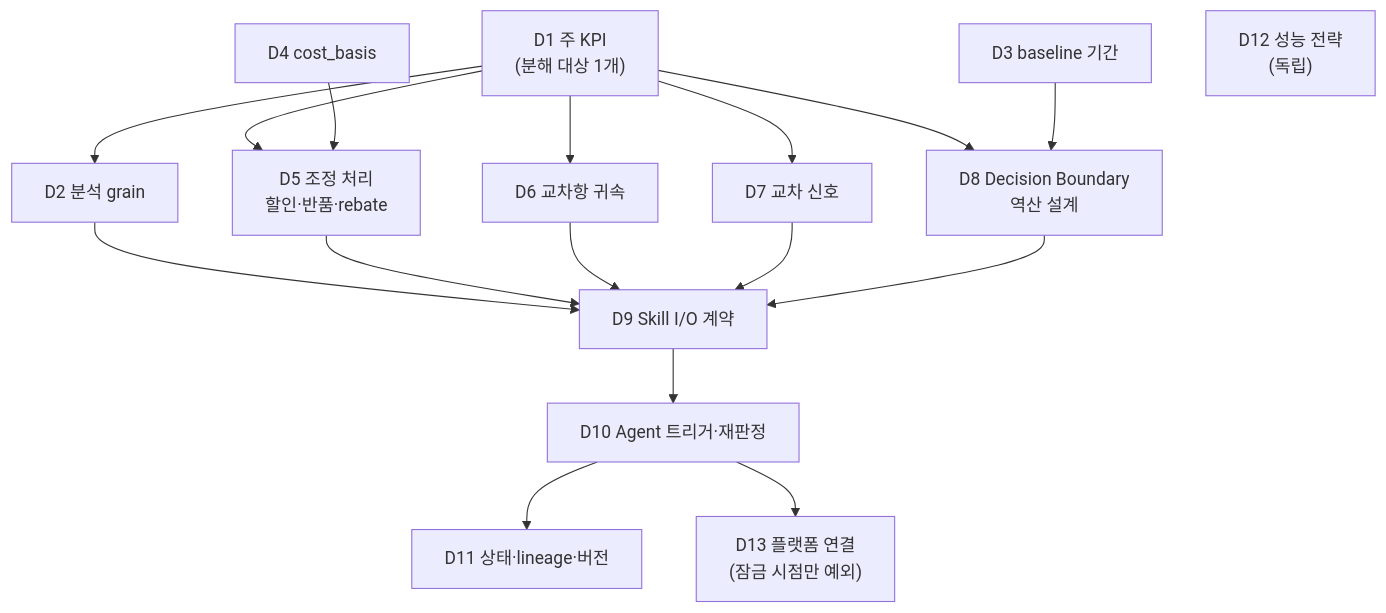
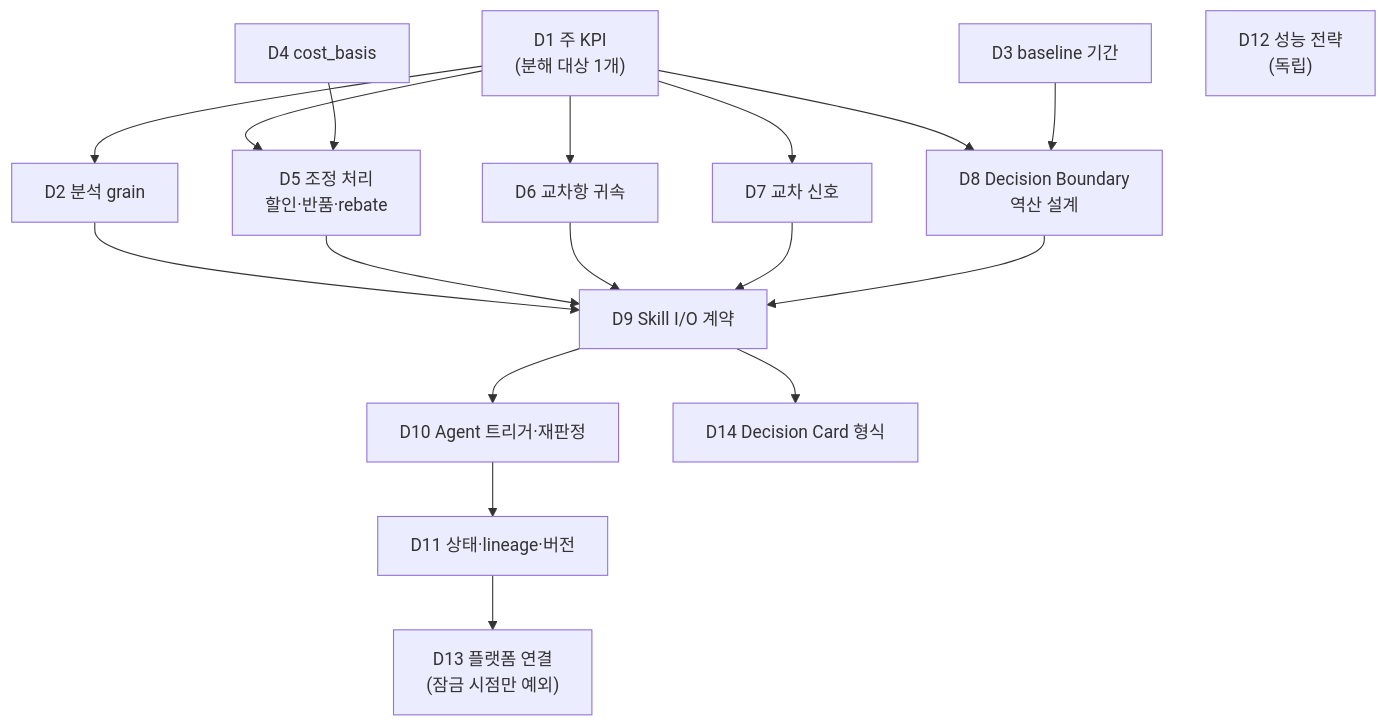
One commit to GongZen/trusted-procurement-agent changed the diagram in Scaffolding.md. Above: the diagram before and after it, drawn with Mermaid. The commit also changed other lines of this file, not shown here.

````diff
--- a/Scaffolding.md
+++ b/Scaffolding.md
@@ -84,19 +84,20 @@
 ```mermaid
 flowchart TD
     D1["D1 주 KPI<br/>(분해 대상 1개)"] --> D2["D2 분석 grain"]
     D1 --> D5["D5 조정 처리<br/>할인·반품·rebate"]
     D1 --> D6["D6 교차항 귀속"]
     D1 --> D8["D8 Decision Boundary<br/>역산 설계"]
     D1 --> D7["D7 교차 신호"]
     D4["D4 cost_basis"] --> D5
     D3["D3 baseline 기간"] --> D8
     D2 --> D9["D9 Skill I/O 계약"]
     D5 --> D9
     D6 --> D9
     D7 --> D9
     D8 --> D9
     D9 --> D10["D10 Agent 트리거·재판정"]
+    D9 --> D14["D14 Decision Card 형식"]
     D10 --> D11["D11 상태·lineage·버전"]
-    D10 --> D13["D13 플랫폼 연결<br/>(잠금 시점만 예외)"]
+    D11 --> D13["D13 플랫폼 연결<br/>(잠금 시점만 예외)"]
     D12["D12 성능 전략<br/>(독립)"]
 ```
````
